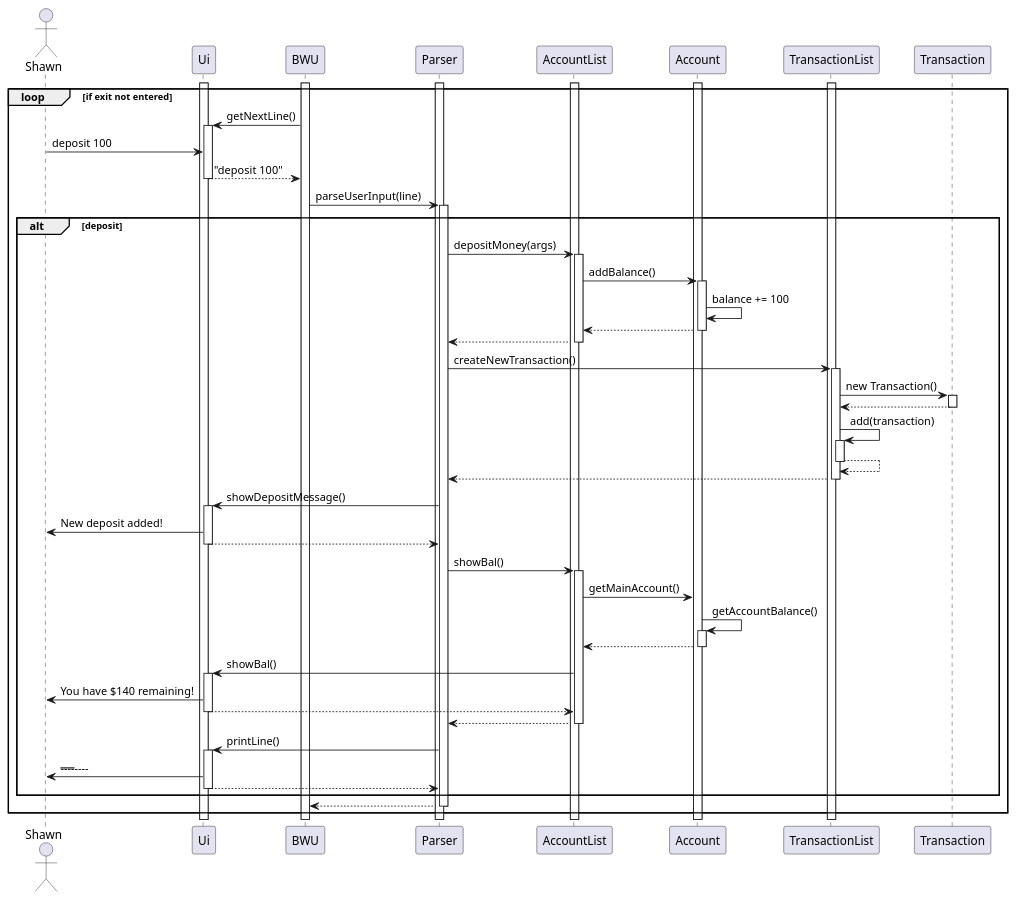
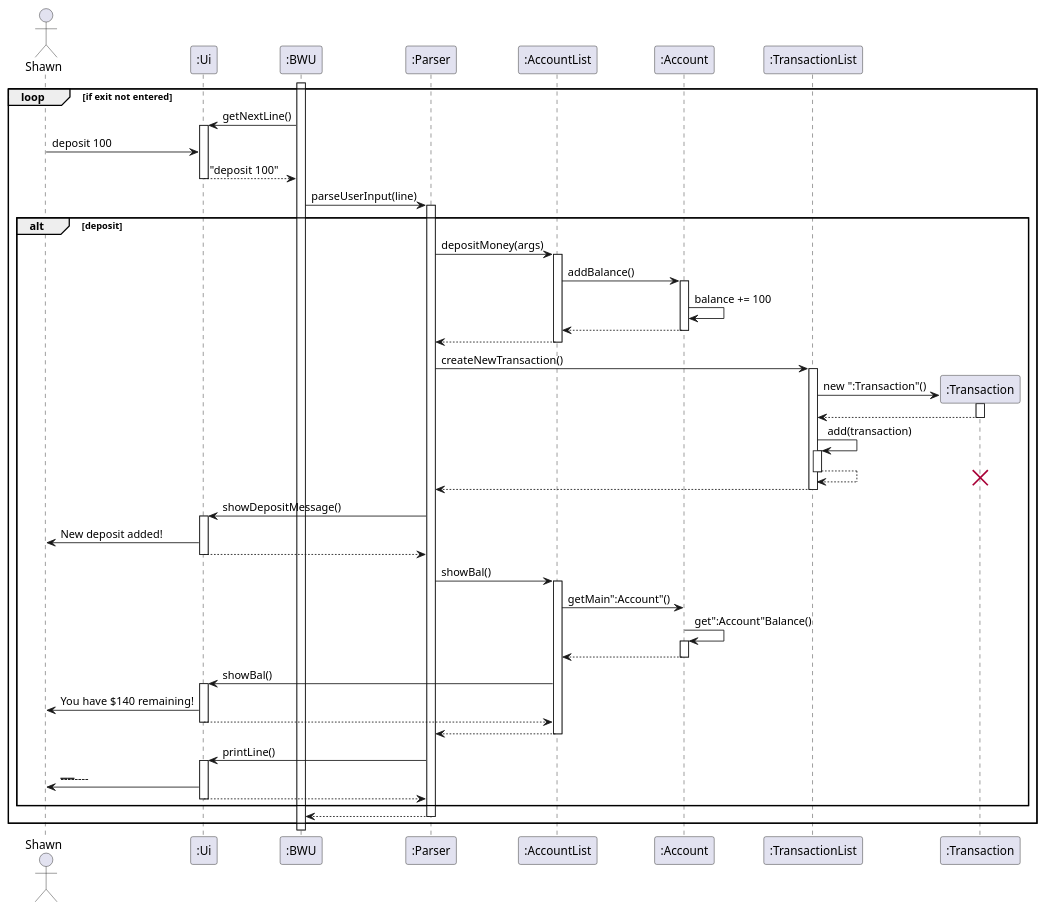
One commit to xiaoge26/tp changed the diagram in docs/diagrams/example_sequence_diagram.puml. Above: the diagram before and after it, drawn with PlantUML.

Commit message:
Updated sequence diagram to (hopefully) fit with kerct's comments

```diff
--- a/docs/diagrams/example_sequence_diagram.puml
+++ b/docs/diagrams/example_sequence_diagram.puml
@@ -1,74 +1,70 @@
 @startuml deposit100SeqDiagram
 actor Shawn
-participant Ui
-participant BWU
-participant Parser
-participant AccountList
-participant Account
-participant TransactionList
-participant Transaction
-activate Ui
-activate BWU
-activate Parser
-activate AccountList
-activate Account
-activate TransactionList
+participant ":Ui"
+participant ":BWU"
+participant ":Parser"
+participant ":AccountList"
+participant ":Account"
+participant ":TransactionList"
+activate ":BWU"
 loop if exit not entered
-BWU -> Ui:getNextLine()
-activate Ui
-Shawn -> Ui:deposit 100
-Ui --> BWU:"deposit 100"
-deactivate Ui
-BWU -> Parser:parseUserInput(line)
-activate Parser
+":BWU" -> ":Ui":getNextLine()
+activate ":Ui"
+Shawn -> ":Ui":deposit 100
+":Ui" --> ":BWU":"deposit 100"
+deactivate ":Ui"
+":BWU" -> ":Parser":parseUserInput(line)
+activate ":Parser"
 alt deposit
-Parser -> AccountList:depositMoney(args)
-activate AccountList
-AccountList -> Account:addBalance()
-activate Account
-Account -> Account:balance += 100
-Account --> AccountList
-deactivate Account
-AccountList --> Parser
-deactivate AccountList
-Parser -> TransactionList:createNewTransaction()
-activate TransactionList
-TransactionList -> Transaction:new Transaction()
-activate Transaction
-Transaction --> TransactionList
-deactivate Transaction
-TransactionList -> TransactionList:add(transaction)
-activate TransactionList
-TransactionList --> TransactionList
-deactivate TransactionList
-TransactionList --> Parser
-deactivate TransactionList
-Parser -> Ui:showDepositMessage()
-activate Ui
-Ui -> Shawn: New deposit added!
-Ui --> Parser
-deactivate Ui
-Parser -> AccountList:showBal()
-activate AccountList
-AccountList -> Account:getMainAccount()
-Account -> Account:getAccountBalance()
-activate Account
-Account --> AccountList
-deactivate Account
-AccountList -> Ui:showBal()
-activate Ui
-Ui -> Shawn:You have $140 remaining!
-Ui --> AccountList
-deactivate Ui
-AccountList --> Parser
-deactivate AccountList
-Parser -> Ui:printLine()
-activate Ui
-Ui -> Shawn:------------------------
-Ui --> Parser
-deactivate Ui
+":Parser" -> ":AccountList":depositMoney(args)
+activate ":AccountList"
+":AccountList" -> ":Account":addBalance()
+activate ":Account"
+":Account" -> ":Account":balance += 100
+":Account" --> ":AccountList"
+deactivate ":Account"
+":AccountList" --> ":Parser"
+deactivate ":AccountList"
+":Parser" -> ":TransactionList":createNewTransaction()
+activate ":TransactionList"
+create ":Transaction"
+":TransactionList" -> ":Transaction":new ":Transaction"()
+activate ":Transaction"
+":Transaction" --> ":TransactionList"
+deactivate ":Transaction"
+":TransactionList" -> ":TransactionList":add(transaction)
+activate ":TransactionList"
+":TransactionList" --> ":TransactionList"
+deactivate ":TransactionList"
+destroy ":Transaction"
+":TransactionList" --> ":Parser"
+deactivate ":TransactionList"
+":Parser" -> ":Ui":showDepositMessage()
+activate ":Ui"
+":Ui" -> Shawn: New deposit added!
+":Ui" --> ":Parser"
+deactivate ":Ui"
+":Parser" -> ":AccountList":showBal()
+activate ":AccountList"
+":AccountList" -> ":Account":getMain":Account"()
+":Account" -> ":Account":get":Account"Balance()
+activate ":Account"
+":Account" --> ":AccountList"
+deactivate ":Account"
+":AccountList" -> ":Ui":showBal()
+activate ":Ui"
+":Ui" -> Shawn:You have $140 remaining!
+":Ui" --> ":AccountList"
+deactivate ":Ui"
+":AccountList" --> ":Parser"
+deactivate ":AccountList"
+":Parser" -> ":Ui":printLine()
+activate ":Ui"
+":Ui" -> Shawn:------------------------
+":Ui" --> ":Parser"
+deactivate ":Ui"
 end
-Parser --> BWU
-deactivate Parser
+":Parser" --> ":BWU"
+deactivate ":Parser"
 end
 @enduml
```
